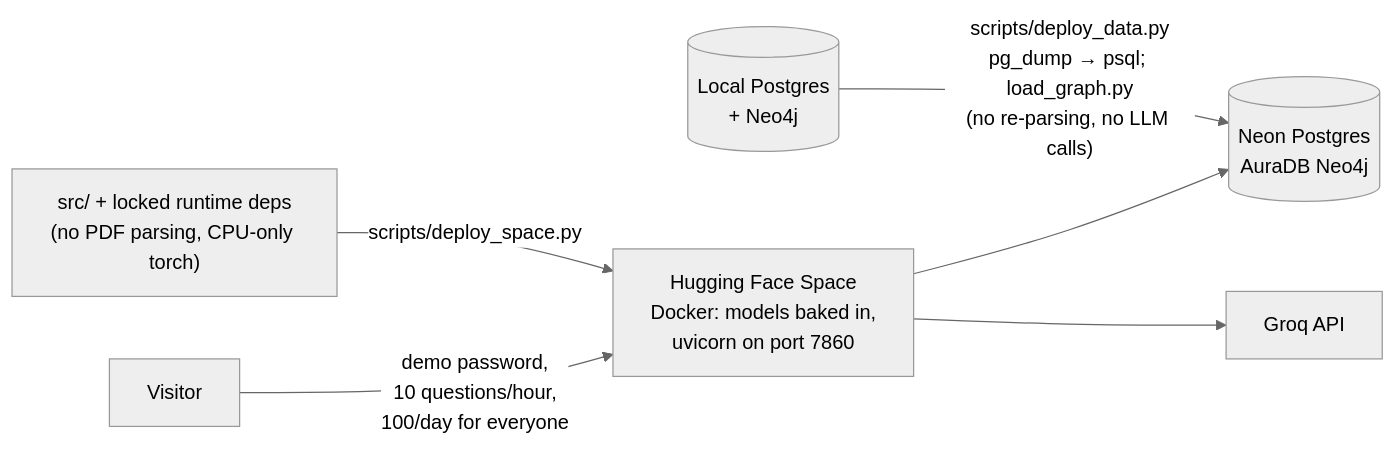
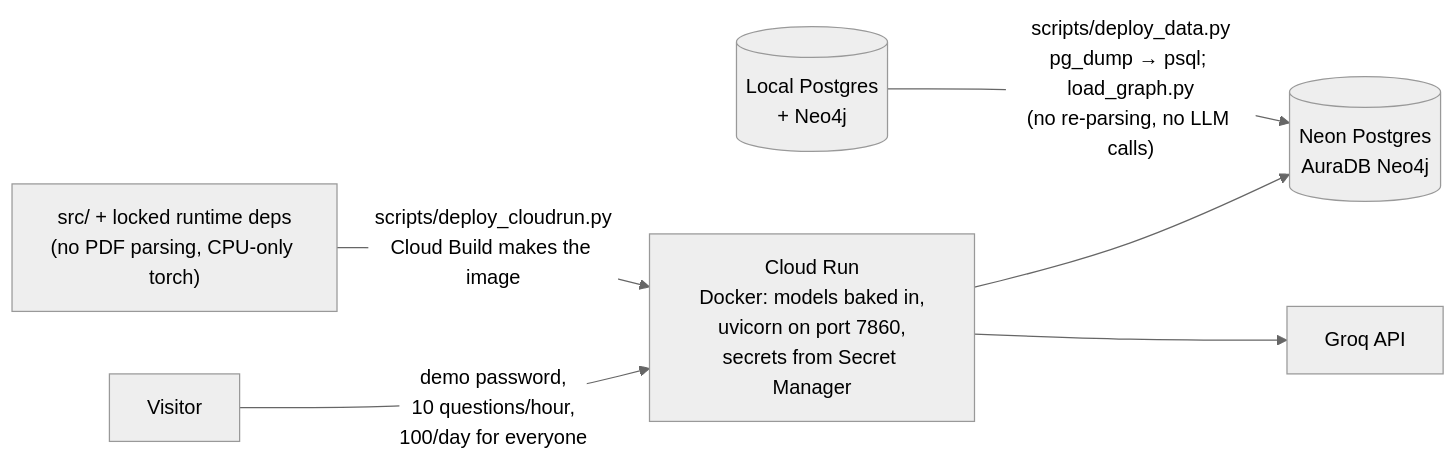
One commit to madeleine68/Reportlens changed the tenth of 10 diagrams in README.md. Above: the diagram before and after it, drawn with Mermaid (neutral theme). The commit also changed other lines of this file and 10 other files, not shown here.

First line of the commit message:
Phase 5: deploy to Google Cloud Run; count the daily demo cap in Postgres

````diff
--- a/README.md
+++ b/README.md
@@ -407,8 +407,8 @@
   ```mermaid
   flowchart LR
       local[("Local Postgres<br/>+ Neo4j")] -->|"scripts/deploy_data.py<br/>pg_dump → psql; load_graph.py<br/>(no re-parsing, no LLM calls)"| hosted[("Neon Postgres<br/>AuraDB Neo4j")]
-      code["src/ + locked runtime deps<br/>(no PDF parsing, CPU-only torch)"] -->|"scripts/deploy_space.py"| space["Hugging Face Space<br/>Docker: models baked in,<br/>uvicorn on port 7860"]
+      code["src/ + locked runtime deps<br/>(no PDF parsing, CPU-only torch)"] -->|"scripts/deploy_cloudrun.py<br/>Cloud Build makes the image"| space["Cloud Run<br/>Docker: models baked in,<br/>uvicorn on port 7860,<br/>secrets from Secret Manager"]
       space --> hosted
       space --> groq["Groq API"]
       visitor["Visitor"] -->|"demo password,<br/>10 questions/hour,<br/>100/day for everyone"| space
   ```
````
